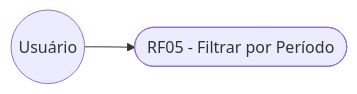
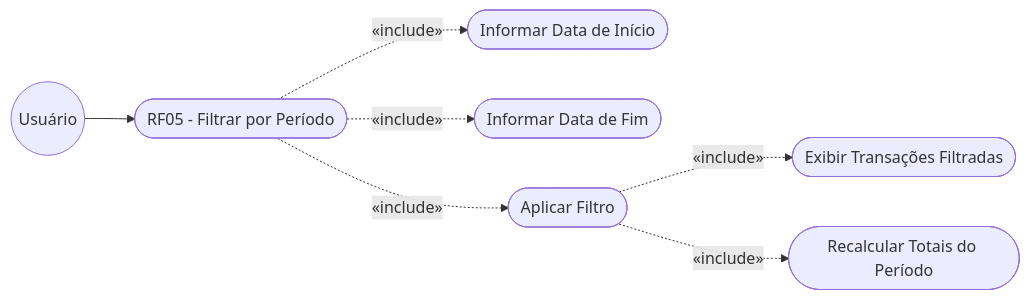
Before and after one commit to NEXA-project-br/NEXA: the fifth of 8 diagrams in relacionamento/dcu.md, drawn with Mermaid. The commit also changed other lines of this file, not shown here.

````diff
--- a/relacionamento/dcu.md
+++ b/relacionamento/dcu.md
@@ -62,6 +111,18 @@
 ```mermaid
 graph LR
   U((Usuário))
+
   RF05([RF05 - Filtrar por Período])
+  A1([Informar Data de Início])
+  A2([Informar Data de Fim])
+  A3([Aplicar Filtro])
+  A4([Exibir Transações Filtradas])
+  A5([Recalcular Totais do Período])
+
   U --> RF05
+  RF05 -.->|«include»| A1
+  RF05 -.->|«include»| A2
+  RF05 -.->|«include»| A3
+  A3  -.->|«include»| A4
+  A3  -.->|«include»| A5
 ```
````
